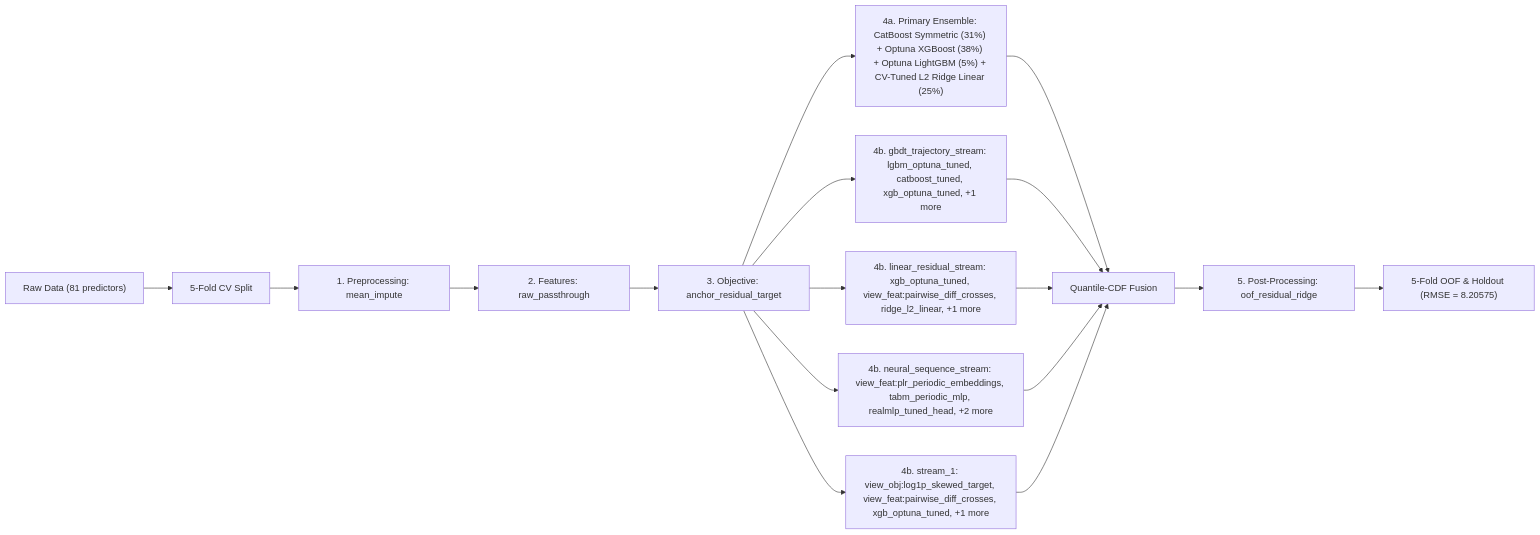
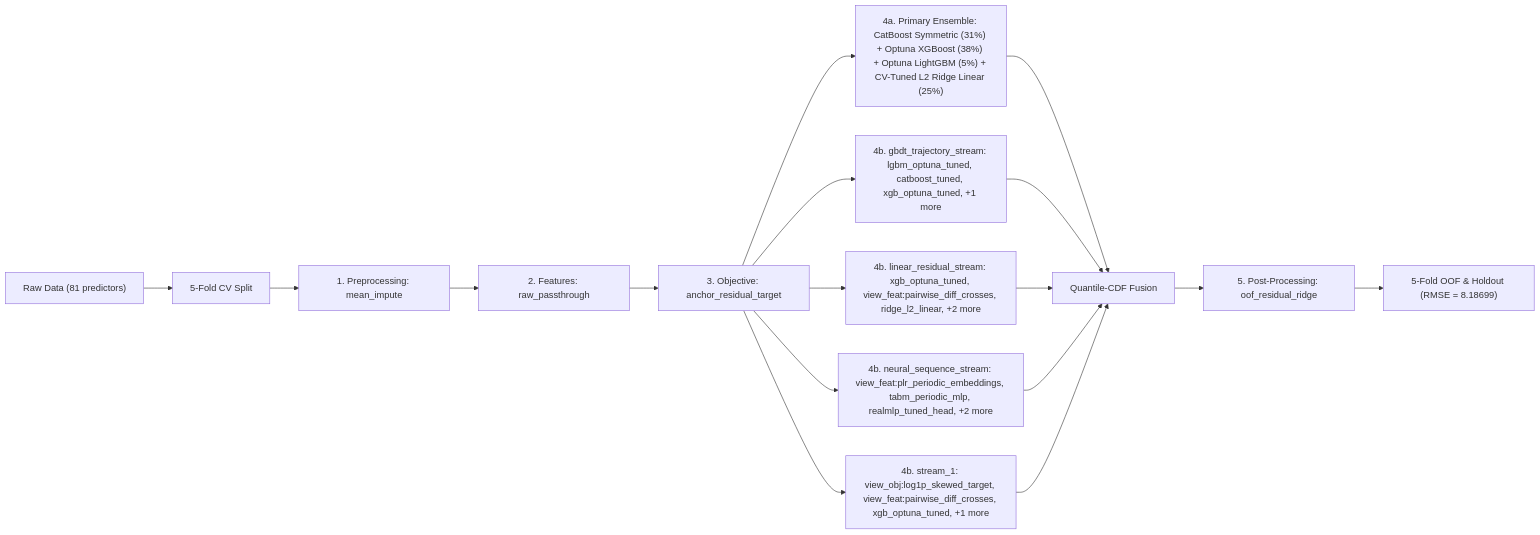
One commit to stefanoclss/ROGII-Wellbore-Geology-Prediction changed the diagram in README.md. Above: the diagram before and after it, drawn with Mermaid. The commit also changed other lines of this file, not shown here.

First line of the commit message:
docs(readme): refresh verified OOF benchmark & build ledger (RMSE=8.18699)

````diff
--- a/README.md
+++ b/README.md
@@ -80,19 +80,19 @@
 ```mermaid
 flowchart LR
     DATA["Raw Data (81 predictors)"] --> SPLIT["5-Fold CV Split"]
     SPLIT --> PRE["1. Preprocessing: mean_impute"]
     PRE --> FEAT["2. Features: raw_passthrough"]
     FEAT --> OBJ["3. Objective: anchor_residual_target"]
     OBJ --> M0["4a. Primary Ensemble: CatBoost Symmetric (31%) + Optuna XGBoost (38%) + Optuna LightGBM (5%) + CV-Tuned L2 Ridge Linear (25%)"]
     M0 --> FUSE["Quantile-CDF Fusion"]
     OBJ --> S1["4b. gbdt_trajectory_stream: lgbm_optuna_tuned, catboost_tuned, xgb_optuna_tuned, +1 more"]
     S1 --> FUSE
-    OBJ --> S2["4b. linear_residual_stream: xgb_optuna_tuned, view_feat:pairwise_diff_crosses, ridge_l2_linear, +1 more"]
+    OBJ --> S2["4b. linear_residual_stream: xgb_optuna_tuned, view_feat:pairwise_diff_crosses, ridge_l2_linear, +2 more"]
     S2 --> FUSE
     OBJ --> S3["4b. neural_sequence_stream: view_feat:plr_periodic_embeddings, tabm_periodic_mlp, realmlp_tuned_head, +2 more"]
     S3 --> FUSE
     OBJ --> S4["4b. stream_1: view_obj:log1p_skewed_target, view_feat:pairwise_diff_crosses, xgb_optuna_tuned, +1 more"]
     S4 --> FUSE
     FUSE --> POST["5. Post-Processing: oof_residual_ridge"]
-    POST --> OUT["5-Fold OOF & Holdout (RMSE = 8.20575)"]
+    POST --> OUT["5-Fold OOF & Holdout (RMSE = 8.18699)"]
 ```
````
